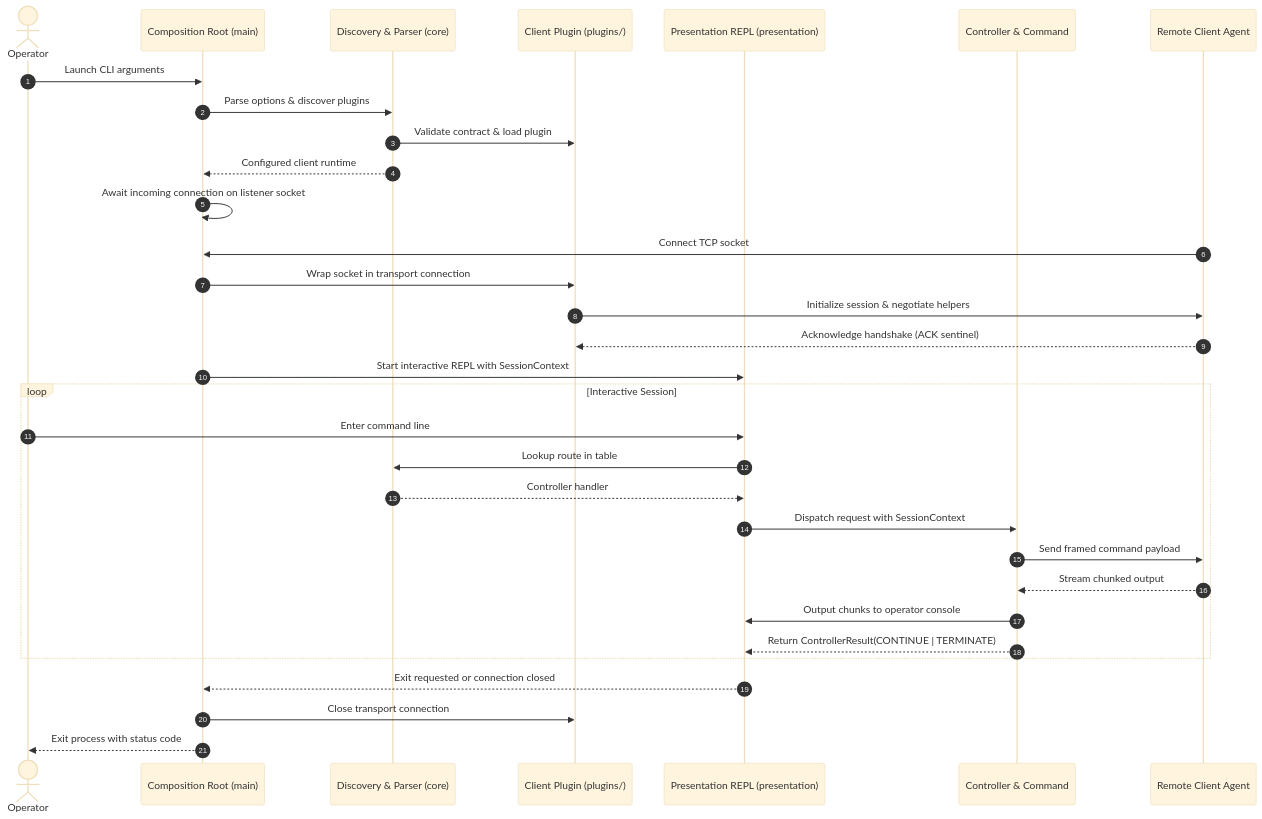
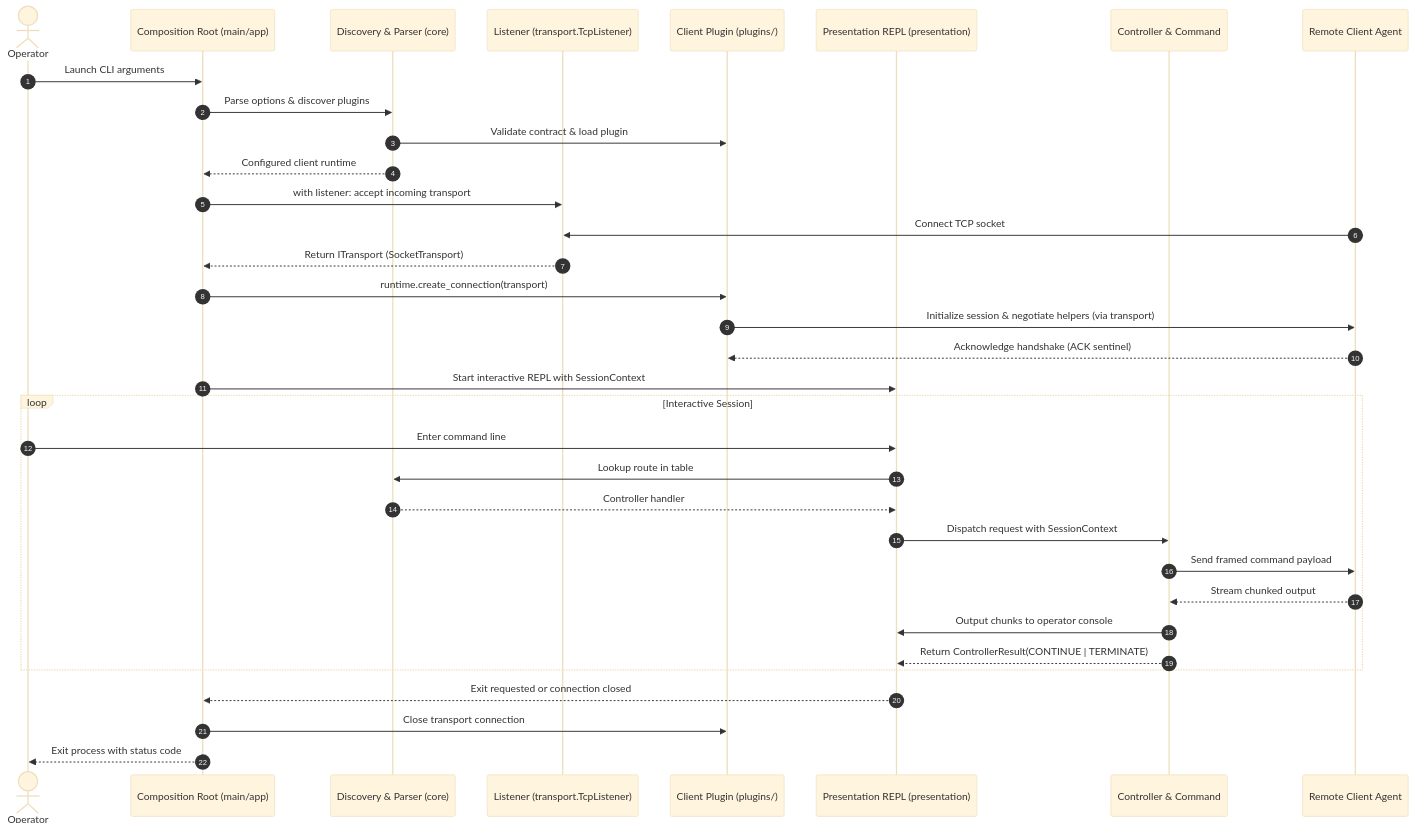
One commit to othon-hugo/declusor changed the diagram in ARCHITECTURE.md. Above: the diagram before and after it, drawn with Mermaid (base theme). The commit also changed other lines of this file and 79 other files, not shown here.

````diff
--- a/ARCHITECTURE.md
+++ b/ARCHITECTURE.md
@@ -143,37 +150,39 @@
 ```mermaid
 sequenceDiagram
     autonumber
     actor Operator
-    participant Main as Composition Root (main)
+    participant Main as Composition Root (main/app)
     participant Core as Discovery & Parser (core)
+    participant Listener as Listener (transport.TcpListener)
     participant Plugin as Client Plugin (plugins/)
     participant View as Presentation REPL (presentation)
     participant Controller as Controller & Command
     participant Remote as Remote Client Agent
 
     Operator->>Main: Launch CLI arguments
     Main->>Core: Parse options & discover plugins
     Core->>Plugin: Validate contract & load plugin
     Core-->>Main: Configured client runtime
-    Main->>Main: Await incoming connection on listener socket
-    Remote->>Main: Connect TCP socket
-    Main->>Plugin: Wrap socket in transport connection
-    Plugin->>Remote: Initialize session & negotiate helpers
+    Main->>Listener: with listener: accept incoming transport
+    Remote->>Listener: Connect TCP socket
+    Listener-->>Main: Return ITransport (SocketTransport)
+    Main->>Plugin: runtime.create_connection(transport)
+    Plugin->>Remote: Initialize session & negotiate helpers (via transport)
     Remote-->>Plugin: Acknowledge handshake (ACK sentinel)
     Main->>View: Start interactive REPL with SessionContext
 
     loop Interactive Session
         Operator->>View: Enter command line
         View->>Core: Lookup route in table
         Core-->>View: Controller handler
         View->>Controller: Dispatch request with SessionContext
         Controller->>Remote: Send framed command payload
         Remote-->>Controller: Stream chunked output
         Controller->>View: Output chunks to operator console
         Controller-->>View: Return ControllerResult(CONTINUE | TERMINATE)
     end
 
     View-->>Main: Exit requested or connection closed
     Main->>Plugin: Close transport connection
     Main-->>Operator: Exit process with status code
 ```
````
